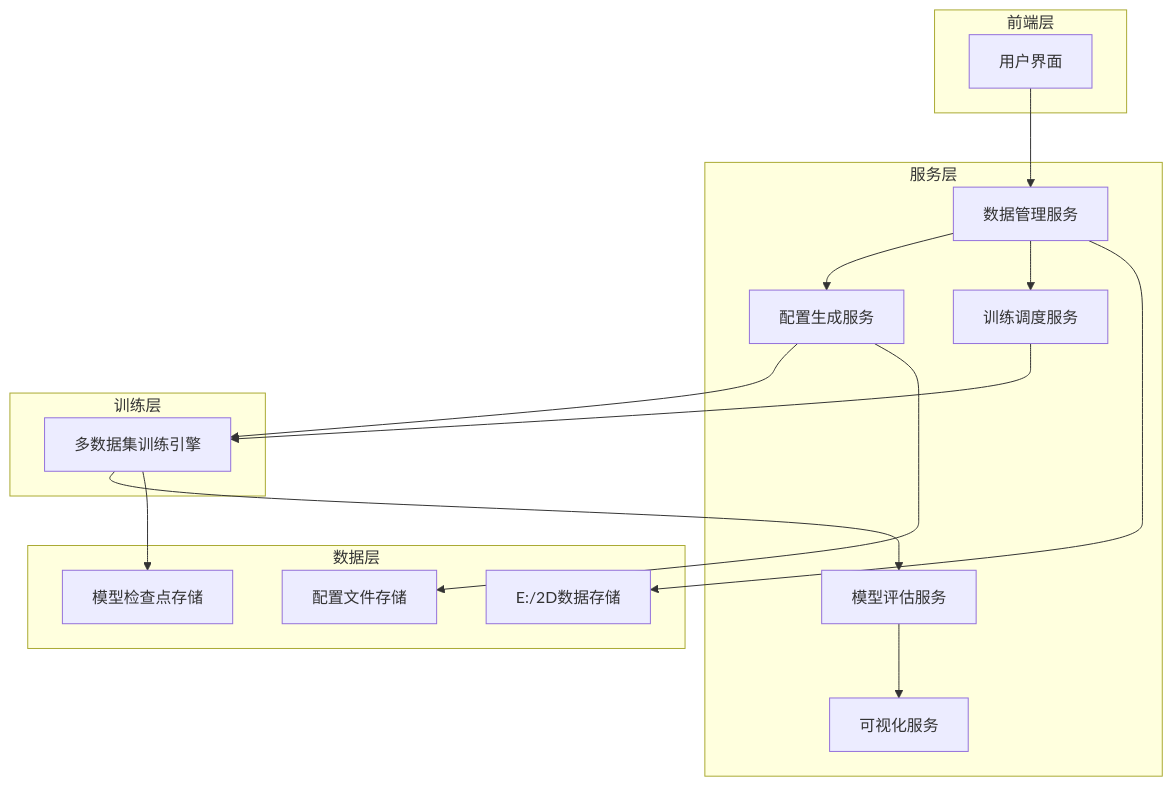
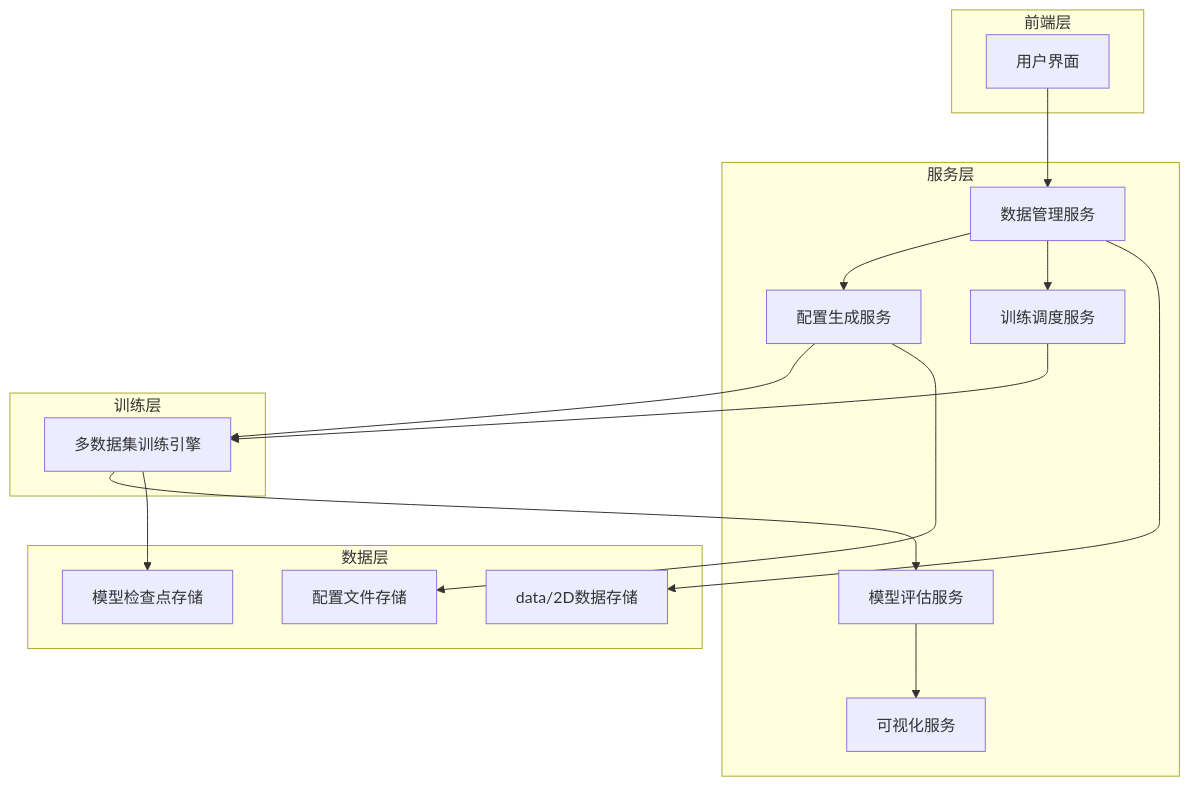
One commit to Pitohuie-AIversion/Sparse2Full changed the first of 3 diagrams in .trae/documents/PDEBench数据集技术架构.md. Above: the diagram before and after it, drawn with Mermaid. The commit also changed other lines of this file and 424 other files, not shown here.

````diff
--- a/.trae/documents/PDEBench数据集技术架构.md
+++ b/.trae/documents/PDEBench数据集技术架构.md
@@ -5,36 +5,36 @@
 ```mermaid
 graph TD
     A[用户界面] --> B[数据管理服务]
     B --> C[配置生成服务]
     B --> D[训练调度服务]
     C --> E[多数据集训练引擎]
     D --> E
     E --> F[模型评估服务]
     F --> G[可视化服务]
     
     subgraph "前端层"
         A
     end
     
     subgraph "服务层"
         B
         C
         D
         F
         G
     end
     
     subgraph "训练层"
         E
     end
     
     subgraph "数据层"
-        H[E:/2D数据存储]
+        H[data/2D数据存储]
         I[配置文件存储]
         J[模型检查点存储]
     end
     
     B --> H
     C --> I
     E --> J
 ```
````
